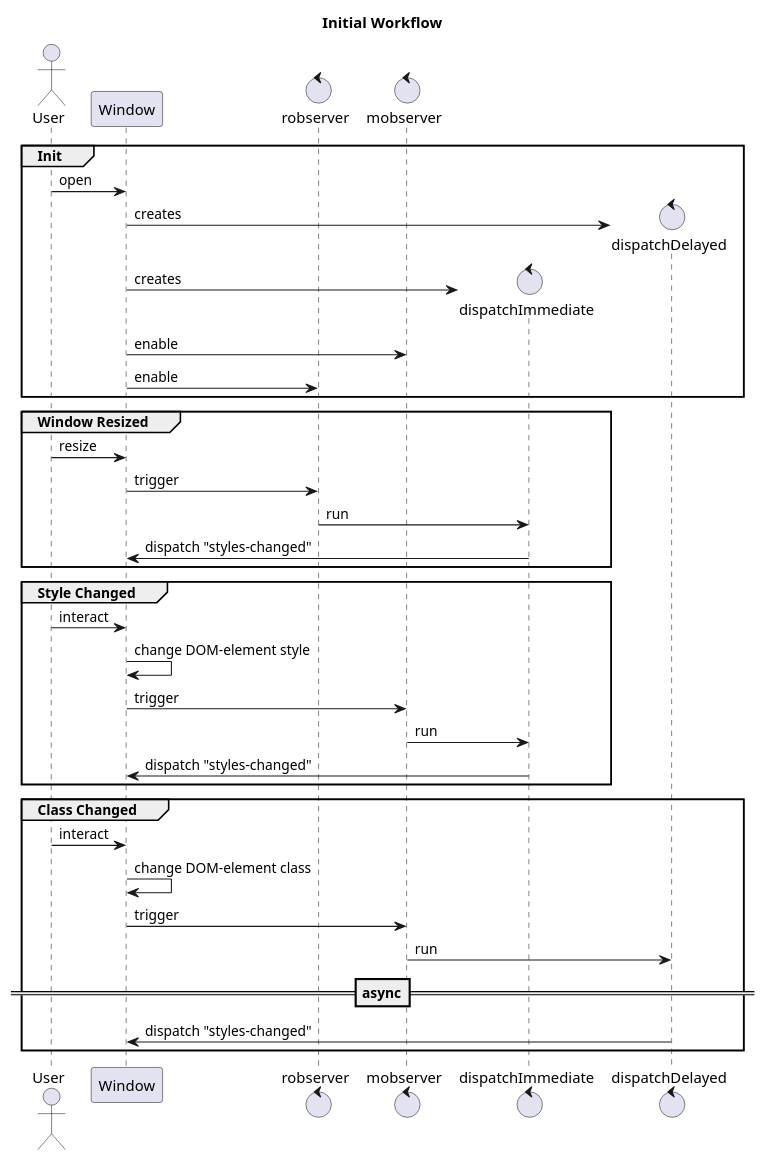
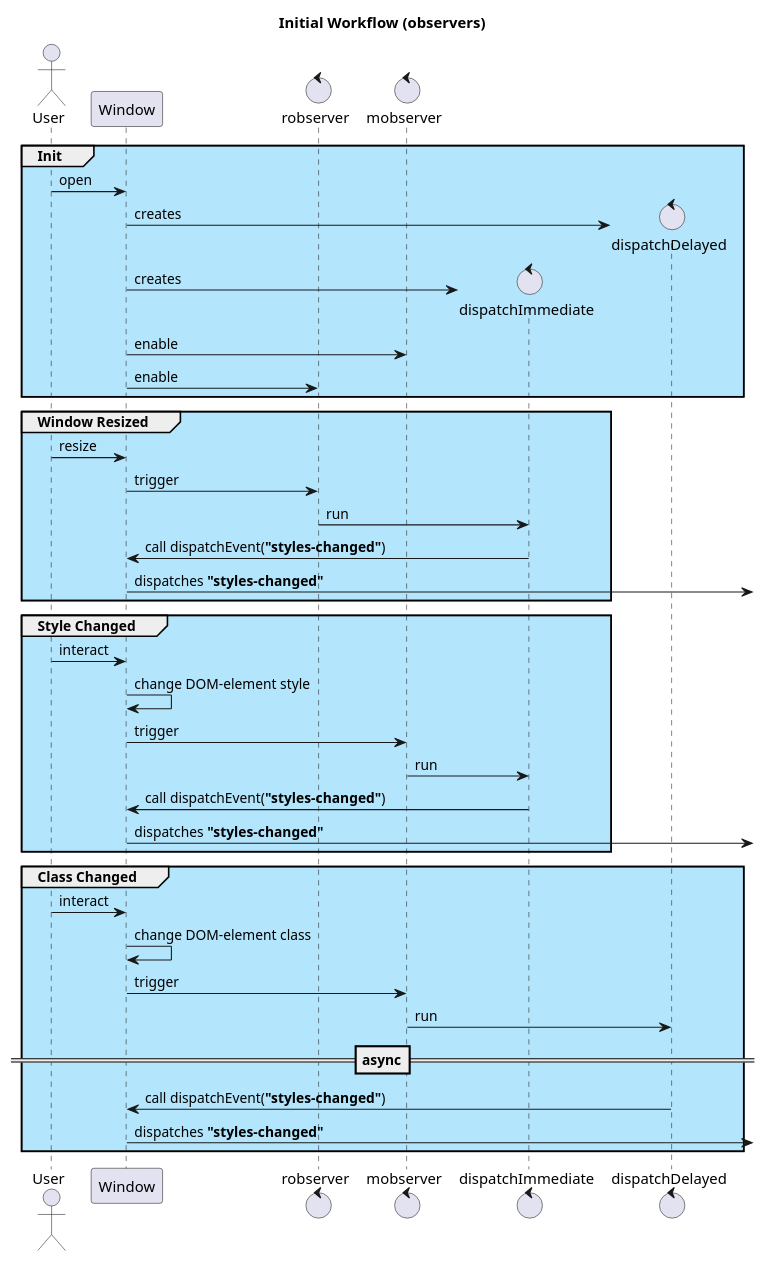
Before and after one commit to hdml-github/hdml: the second of 5 diagrams in uml/puml/charts.puml, drawn with PlantUML. The commit also changed other lines of this file and 9 other files, not shown here.

```diff
--- a/uml/puml/charts.puml
+++ b/uml/puml/charts.puml
@@ -10,47 +12,50 @@
 @startuml init_workflow
-  title Initial Workflow
+  title Initial Workflow (observers)
 
   actor User
   participant Window
   control robserver
   control mobserver
   control dispatchImmediate
   control dispatchDelayed
 
-  group Init
+  group #b3e5fc Init
     User -> Window: open
 
     create dispatchDelayed
     Window -> dispatchDelayed: creates
 
     create dispatchImmediate
     Window -> dispatchImmediate: creates
 
     Window -> mobserver: enable
     Window -> robserver: enable
   end
 
-  group Window Resized
+  group #b3e5fc Window Resized
     User -> Window: resize
     Window -> robserver: trigger
     robserver -> dispatchImmediate: run
-    dispatchImmediate -> Window: dispatch "styles-changed"
+    dispatchImmediate -> Window: call dispatchEvent(<b>"styles-changed"</b>)
+    Window -> : dispatches <b>"styles-changed"</b>
   end
 
-  group Style Changed
+  group #b3e5fc Style Changed
     User -> Window: interact
     Window -> Window: change DOM-element style
     Window -> mobserver: trigger
     mobserver -> dispatchImmediate: run
-    dispatchImmediate -> Window: dispatch "styles-changed"
+    dispatchImmediate -> Window: call dispatchEvent(<b>"styles-changed"</b>)
+    Window -> : dispatches <b>"styles-changed"</b>
   end
 
-  group Class Changed
+  group #b3e5fc Class Changed
     User -> Window: interact
     Window -> Window: change DOM-element class
     Window -> mobserver: trigger
     mobserver -> dispatchDelayed: run
     ==async==
-    dispatchDelayed -> Window: dispatch "styles-changed"
+    dispatchDelayed -> Window: call dispatchEvent(<b>"styles-changed"</b>)
+    Window -> : dispatches <b>"styles-changed"</b>
   end
 @enduml
```
